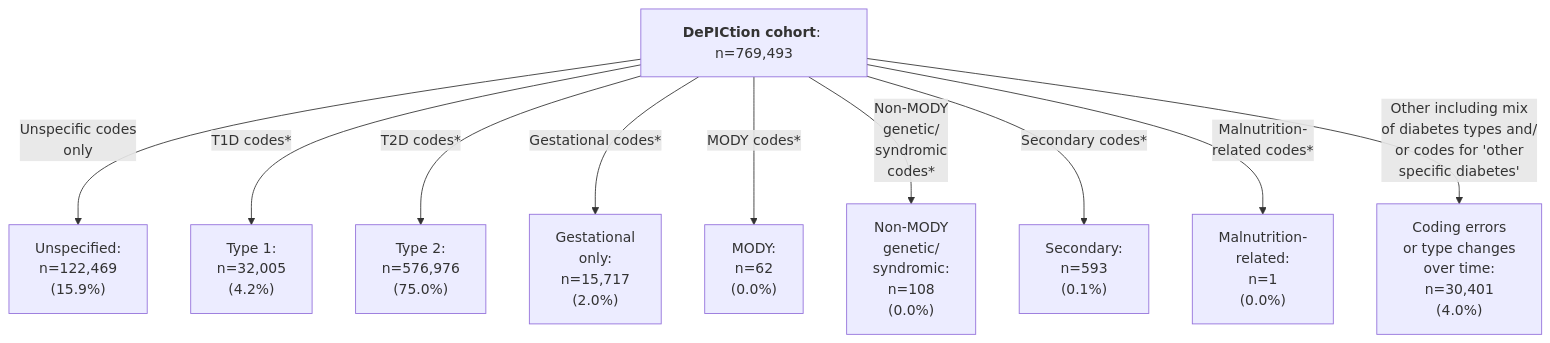
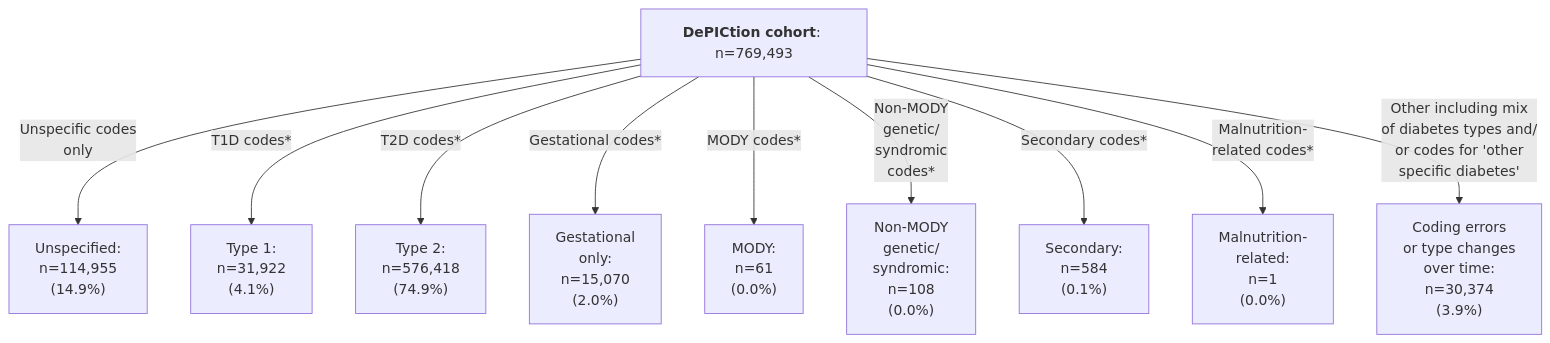
One commit to Exeter-Diabetes/CPRD-Katie-DePICtion-Scripts changed the second of 2 diagrams in Initial data quality exploration/README.md. Above: the diagram before and after it, drawn with Mermaid.

````diff
--- a/Initial data quality exploration/README.md
+++ b/Initial data quality exploration/README.md
@@ -37,12 +37,12 @@
 ```mermaid
 graph TD;
-    A["<b>DePICtion cohort</b>: n=769,493"] --> |"Unspecific codes <br>only"| B["Unspecified: <br>n=122,469 <br>(15.9%)"]
-    A --> |"T1D codes*"| C["Type 1: <br>n=32,005 <br>(4.2%)"]
-    A --> |"T2D codes*"| D["Type 2: <br>n=576,976 <br>(75.0%)"]
-    A --> |"Gestational codes*"| E["Gestational <br>only: <br>n=15,717 <br>(2.0%)"]
-    A --> |"MODY codes*"| G["MODY: <br>n=62 <br>(0.0%)"]
+    A["<b>DePICtion cohort</b>: n=769,493"] --> |"Unspecific codes <br>only"| B["Unspecified: <br>n=114,955 <br>(14.9%)"]
+    A --> |"T1D codes*"| C["Type 1: <br>n=31,922 <br>(4.1%)"]
+    A --> |"T2D codes*"| D["Type 2: <br>n=576,418 <br>(74.9%)"]
+    A --> |"Gestational codes*"| E["Gestational <br>only: <br>n=15,070 <br>(2.0%)"]
+    A --> |"MODY codes*"| G["MODY: <br>n=61 <br>(0.0%)"]
     A --> |"Non-MODY <br>genetic/<br>syndromic <br>codes*"| H["Non-MODY <br>genetic/<br>syndromic: <br>n=108 <br>(0.0%)"]
-    A --> |"Secondary codes*"| I["Secondary: <br>n=593 <br>(0.1%)"]
+    A --> |"Secondary codes*"| I["Secondary: <br>n=584 <br>(0.1%)"]
     A --> |"Malnutrition-<br>related codes*"| J["Malnutrition-<br>related: <br>n=1 <br>(0.0%)"]
-    A --> |"Other including mix <br>of diabetes types and/<br>or codes for 'other <br>specific diabetes'"| K["Coding errors <br>or type changes<br> over time: <br>n=30,401 <br>(4.0%)"]
+    A --> |"Other including mix <br>of diabetes types and/<br>or codes for 'other <br>specific diabetes'"| K["Coding errors <br>or type changes<br> over time: <br>n=30,374 <br>(3.9%)"]
 ```
````
